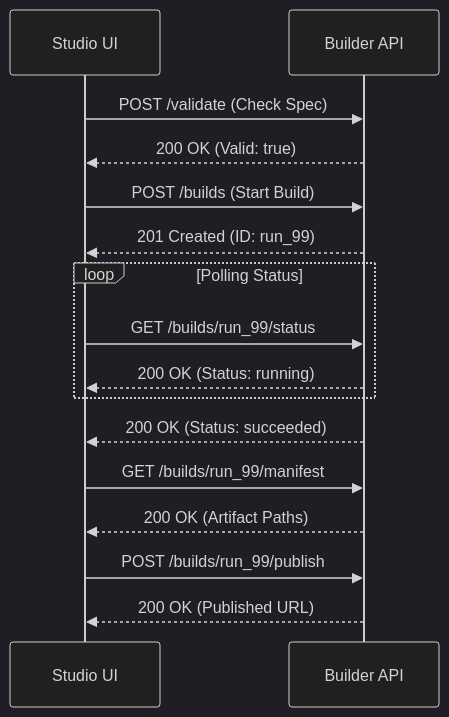
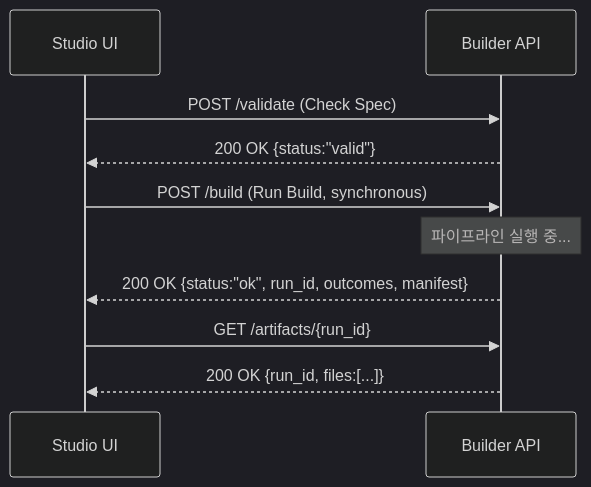
The second of 3 diagrams in API_CONTRACT.md (yeongseon/kpubdata-studio), drawn with Mermaid (dark theme) before and after one commit. The commit also changed other lines of this file and 4 other files, not shown here.

````diff
--- a/API_CONTRACT.md
+++ b/API_CONTRACT.md
@@ -125,24 +167,15 @@
 ```mermaid
 sequenceDiagram
     participant UI as Studio UI
     participant BAPI as Builder API
 
     UI->>BAPI: POST /validate (Check Spec)
-    BAPI-->>UI: 200 OK (Valid: true)
-    
-    UI->>BAPI: POST /builds (Start Build)
-    BAPI-->>UI: 201 Created (ID: run_99)
-    
-    loop Polling Status
-        UI->>BAPI: GET /builds/run_99/status
-        BAPI-->>UI: 200 OK (Status: running)
-    end
-    
-    BAPI-->>UI: 200 OK (Status: succeeded)
-    
-    UI->>BAPI: GET /builds/run_99/manifest
-    BAPI-->>UI: 200 OK (Artifact Paths)
-    
-    UI->>BAPI: POST /builds/run_99/publish
-    BAPI-->>UI: 200 OK (Published URL)
+    BAPI-->>UI: 200 OK {status:"valid"}
+
+    UI->>BAPI: POST /build (Run Build, synchronous)
+    Note over BAPI: 파이프라인 실행 중...
+    BAPI-->>UI: 200 OK {status:"ok", run_id, outcomes, manifest}
+
+    UI->>BAPI: GET /artifacts/{run_id}
+    BAPI-->>UI: 200 OK {run_id, files:[...]}
 ```
````
